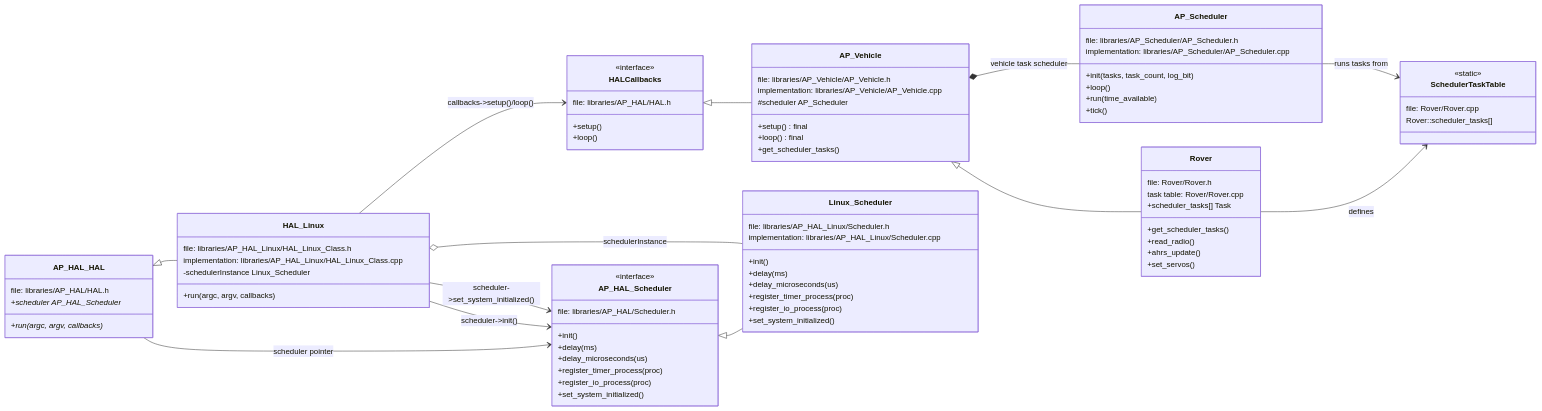
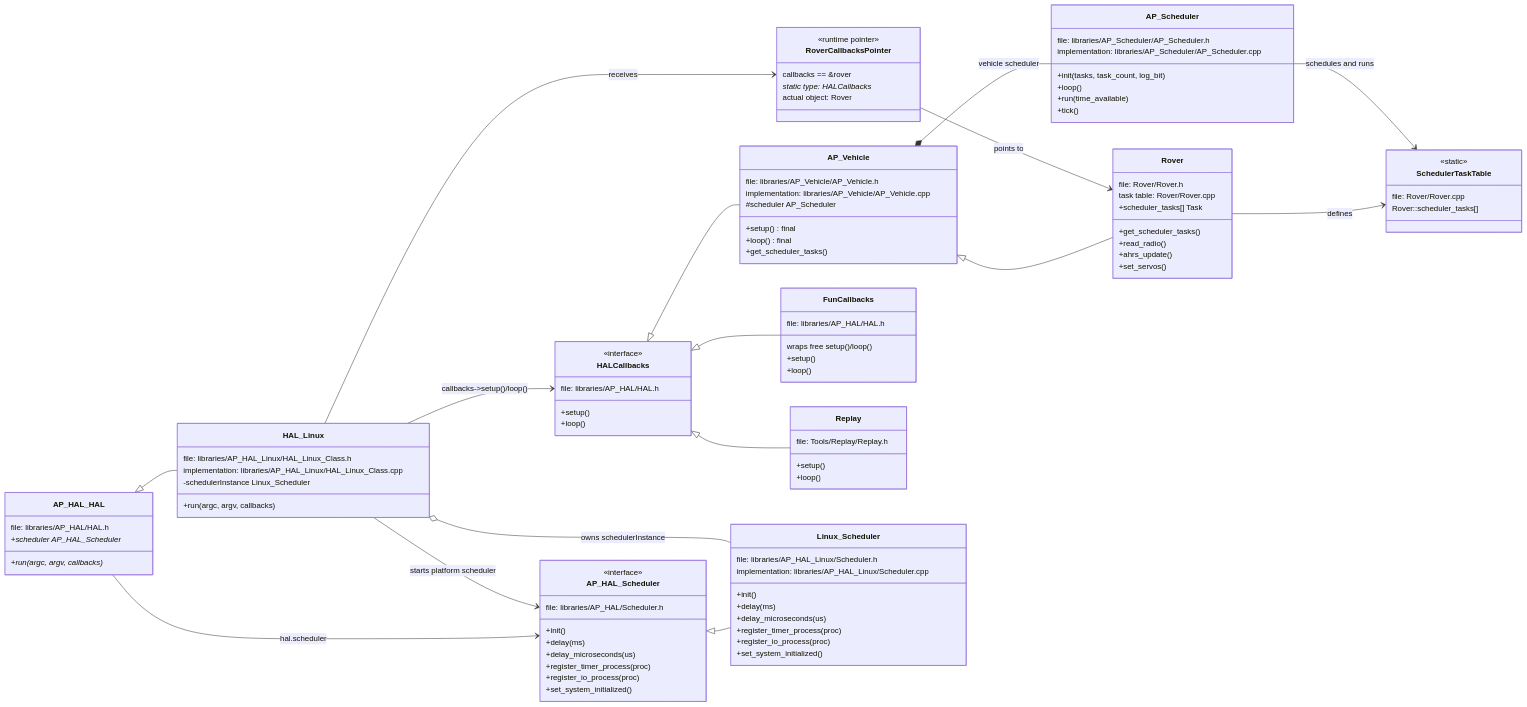
Before and after one commit to hui2008/drone: the diagram in Rover_to_Linux_Scheduler.md, drawn with Mermaid. The commit also changed other lines of this file and 1 other file, not shown here.

````diff
--- a/Rover_to_Linux_Scheduler.md
+++ b/Rover_to_Linux_Scheduler.md
@@ -271,6 +786,26 @@
         +run(argc, argv, callbacks)
     }
 
+    class RoverCallbacksPointer {
+        <<runtime pointer>>
+        callbacks == &rover
+        static type: HALCallbacks*
+        actual object: Rover
+    }
+
+    class FunCallbacks {
+        file: libraries/AP_HAL/HAL.h
+        wraps free setup()/loop()
+        +setup()
+        +loop()
+    }
+
+    class Replay {
+        file: Tools/Replay/Replay.h
+        +setup()
+        +loop()
+    }
+
     class AP_HAL_Scheduler {
         <<interface>>
         file: libraries/AP_HAL/Scheduler.h
@@ -309,19 +844,22 @@
     }
 
     HALCallbacks <|-- AP_Vehicle
+    HALCallbacks <|-- FunCallbacks
+    HALCallbacks <|-- Replay
     AP_Vehicle <|-- Rover
 
     AP_HAL_HAL <|-- HAL_Linux
     AP_HAL_Scheduler <|-- Linux_Scheduler
 
-    HAL_Linux o-- Linux_Scheduler : schedulerInstance
-    AP_HAL_HAL --> AP_HAL_Scheduler : scheduler pointer
+    HAL_Linux o-- Linux_Scheduler : owns schedulerInstance
+    AP_HAL_HAL --> AP_HAL_Scheduler : hal.scheduler
 
-    AP_Vehicle *-- AP_Scheduler : vehicle task scheduler
+    AP_Vehicle *-- AP_Scheduler : vehicle scheduler
     Rover --> SchedulerTaskTable : defines
-    AP_Scheduler --> SchedulerTaskTable : runs tasks from
+    AP_Scheduler --> SchedulerTaskTable : schedules and runs
 
     HAL_Linux --> HALCallbacks : callbacks->setup()/loop()
-    HAL_Linux --> AP_HAL_Scheduler : scheduler->init()
-    HAL_Linux --> AP_HAL_Scheduler : scheduler->set_system_initialized()
+    HAL_Linux --> RoverCallbacksPointer : receives
+    RoverCallbacksPointer --> Rover : points to
+    HAL_Linux --> AP_HAL_Scheduler : starts platform scheduler
 ```
````
